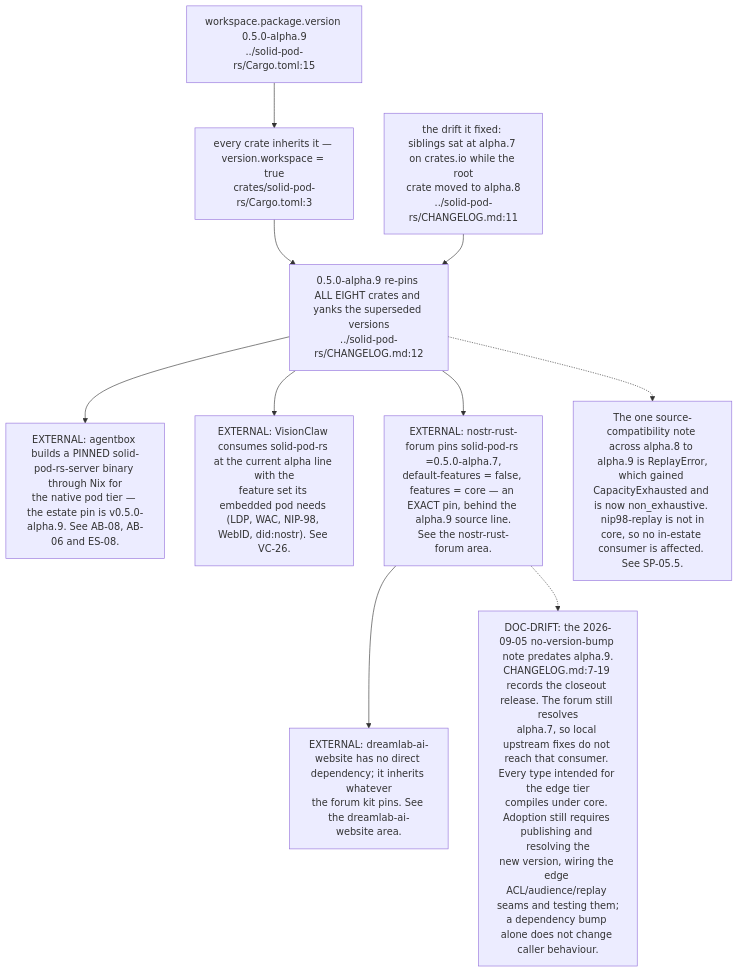
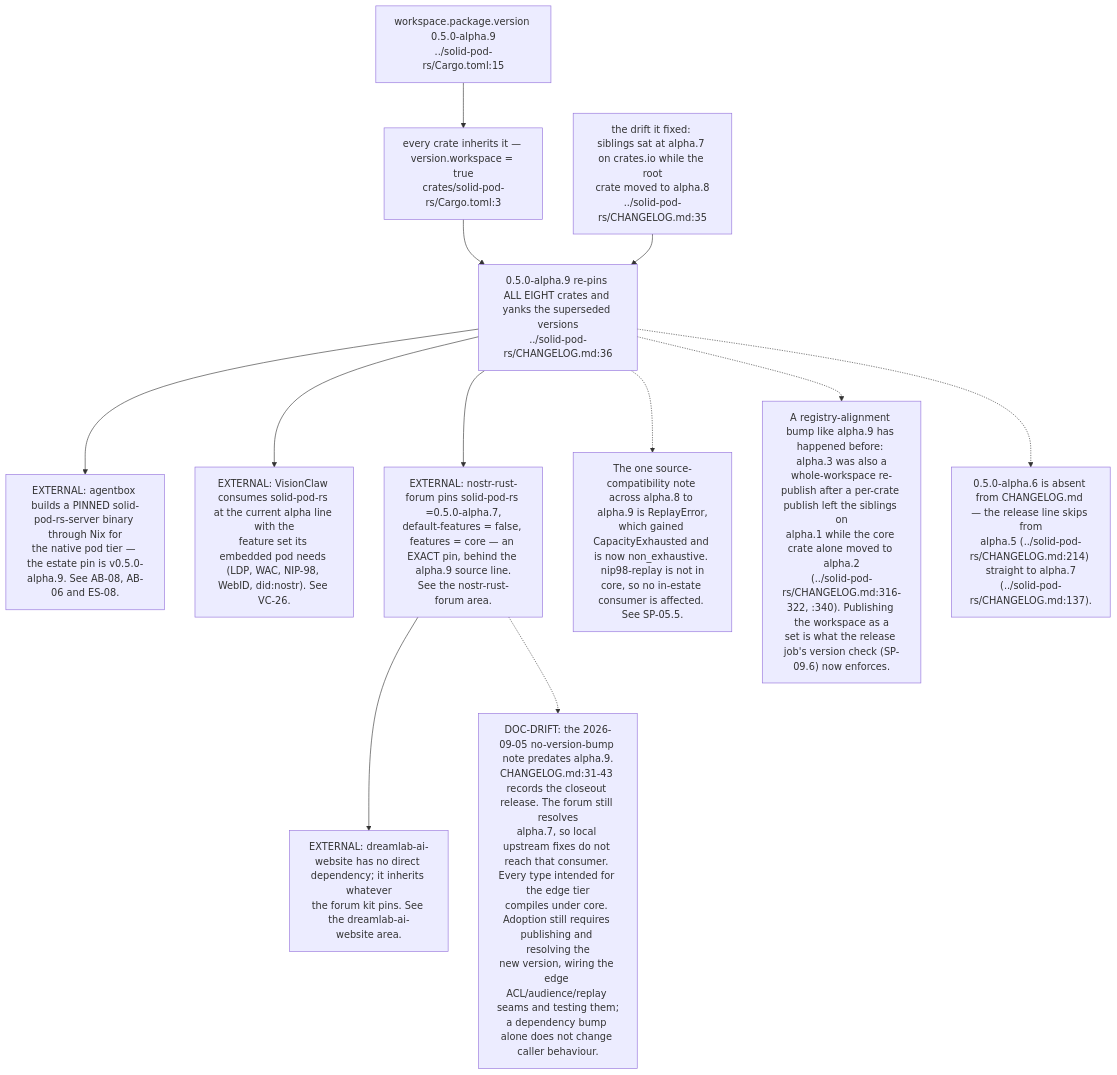
Before and after one commit to DreamLab-AI/VisionFlow: the fifth of 9 diagrams in docs/diagrams/solid-pod-rs/09-ci-release-and-consumer-pins.md, drawn with Mermaid. The commit also changed other lines of this file and 136 other files, not shown here.

First line of the commit message:
docs(diagrams): refresh the whole corpus to code HEAD and prune low-value diagrams

````diff
--- a/docs/diagrams/solid-pod-rs/09-ci-release-and-consumer-pins.md
+++ b/docs/diagrams/solid-pod-rs/09-ci-release-and-consumer-pins.md
@@ -200,25 +160,29 @@
 ```mermaid
 flowchart TD
     WSV["workspace.package.version 0.5.0-alpha.9<br/>../solid-pod-rs/Cargo.toml:15"]
     INH["every crate inherits it — version.workspace = true<br/>crates/solid-pod-rs/Cargo.toml:3"]
-    REL["0.5.0-alpha.9 re-pins ALL EIGHT crates and yanks the superseded versions<br/>../solid-pod-rs/CHANGELOG.md:12"]
-    DRIFT["the drift it fixed: siblings sat at alpha.7 on crates.io while the root<br/>crate moved to alpha.8<br/>../solid-pod-rs/CHANGELOG.md:11"]
+    REL["0.5.0-alpha.9 re-pins ALL EIGHT crates and yanks the superseded versions<br/>../solid-pod-rs/CHANGELOG.md:36"]
+    DRIFT["the drift it fixed: siblings sat at alpha.7 on crates.io while the root<br/>crate moved to alpha.8<br/>../solid-pod-rs/CHANGELOG.md:35"]
 
     WSV --> INH --> REL
     DRIFT --> REL
 
     AB["EXTERNAL: agentbox builds a PINNED solid-pod-rs-server binary through Nix for<br/>the native pod tier — the estate pin is v0.5.0-alpha.9. See AB-08, AB-06 and ES-08."]
     VC["EXTERNAL: VisionClaw consumes solid-pod-rs at the current alpha line with the<br/>feature set its embedded pod needs (LDP, WAC, NIP-98, WebID, did:nostr). See VC-26."]
     NF["EXTERNAL: nostr-rust-forum pins solid-pod-rs =0.5.0-alpha.7,<br/>default-features = false, features = core — an EXACT pin, behind the alpha.9 source line.<br/>See the nostr-rust-forum area."]
     DW["EXTERNAL: dreamlab-ai-website has no direct dependency; it inherits whatever<br/>the forum kit pins. See the dreamlab-ai-website area."]
 
     REL --> AB
     REL --> VC
     REL --> NF
     NF --> DW
 
-    N["DOC-DRIFT: the 2026-09-05 no-version-bump note predates alpha.9.<br/>CHANGELOG.md:7-19 records the closeout release. The forum still resolves<br/>alpha.7, so local upstream fixes do not reach that consumer. Every type intended for the edge tier<br/>compiles under core. Adoption still requires publishing and resolving the<br/>new version, wiring the edge ACL/audience/replay seams and testing them;<br/>a dependency bump alone does not change caller behaviour."]
+    N["DOC-DRIFT: the 2026-09-05 no-version-bump note predates alpha.9.<br/>CHANGELOG.md:31-43 records the closeout release. The forum still resolves<br/>alpha.7, so local upstream fixes do not reach that consumer. Every type intended for the edge tier<br/>compiles under core. Adoption still requires publishing and resolving the<br/>new version, wiring the edge ACL/audience/replay seams and testing them;<br/>a dependency bump alone does not change caller behaviour."]
     NF -.-> N
     N2["The one source-compatibility note across alpha.8 to alpha.9 is ReplayError,<br/>which gained CapacityExhausted and is now non_exhaustive. nip98-replay is not in<br/>core, so no in-estate consumer is affected. See SP-05.5."]
     REL -.-> N2
+    N3["A registry-alignment bump like alpha.9 has happened before: alpha.3 was also a<br/>whole-workspace re-publish after a per-crate publish left the siblings on<br/>alpha.1 while the core crate alone moved to alpha.2<br/>(../solid-pod-rs/CHANGELOG.md:316-322, :340). Publishing the workspace as a<br/>set is what the release job's version check (SP-09.6) now enforces."]
+    REL -.-> N3
+    N4["0.5.0-alpha.6 is absent from CHANGELOG.md — the release line skips from<br/>alpha.5 (../solid-pod-rs/CHANGELOG.md:214) straight to alpha.7<br/>(../solid-pod-rs/CHANGELOG.md:137)."]
+    REL -.-> N4
 ```
````
